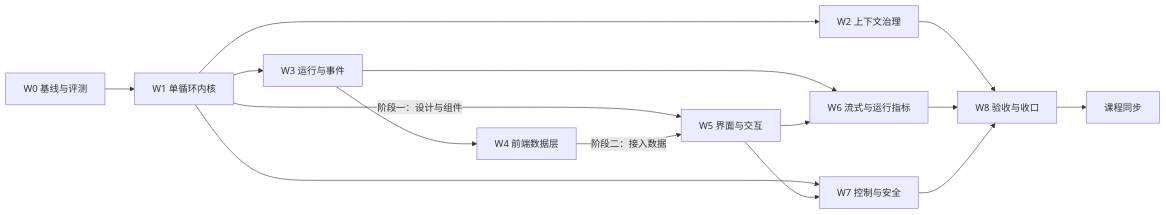
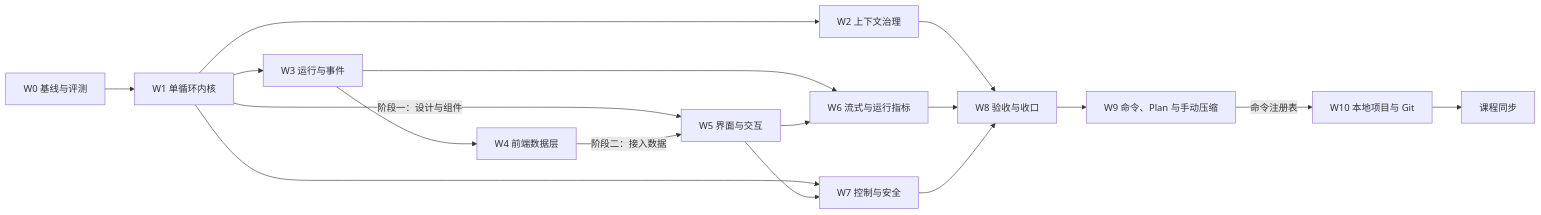
One commit to xinqingaa/ray_agent changed the diagram in docs/plan/README.md. Above: the diagram before and after it, drawn with Mermaid. The commit also changed other lines of this file and 62 other files, not shown here.

````diff
--- a/docs/plan/README.md
+++ b/docs/plan/README.md
@@ -56,17 +72,19 @@
 ```mermaid
 flowchart LR
   W0[W0 基线与评测] --> W1[W1 单循环内核]
   W1 --> W2[W2 上下文治理]
   W1 --> W3[W3 运行与事件]
   W3 --> W4[W4 前端数据层]
   W1 -- 阶段一：设计与组件 --> W5[W5 界面与交互]
   W4 -- 阶段二：接入数据 --> W5
   W3 --> W6[W6 流式与运行指标]
   W5 --> W6
   W1 --> W7[W7 控制与安全]
   W5 --> W7
   W2 --> W8[W8 验收与收口]
   W6 --> W8
   W7 --> W8
-  W8 --> L[课程同步]
+  W8 --> W9[W9 命令、Plan 与手动压缩]
+  W9 -- 命令注册表 --> W10[W10 本地项目与 Git]
+  W10 --> L[课程同步]
 ```
````
